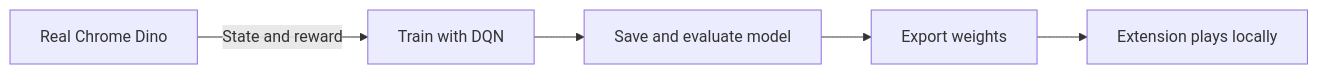
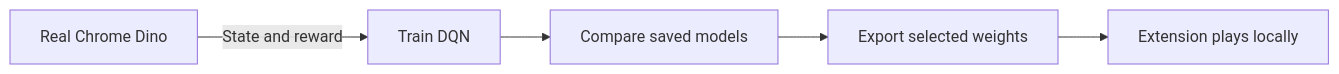
One commit to Aditya8102/dino-game-rl changed the first of 2 diagrams in README.md. Above: the diagram before and after it, drawn with Mermaid. The commit also changed other lines of this file and 38 other files, not shown here.

Commit message:
feat: release selected Dino policy with safer extension controls

````diff
--- a/README.md
+++ b/README.md
@@ -7,7 +7,7 @@
 ```mermaid
 flowchart LR
-    G["Real Chrome Dino"] -->|"State and reward"| T["Train with DQN"]
-    T --> M["Save and evaluate model"]
-    M --> E["Export weights"]
-    E --> P["Extension plays locally"]
+    G[Real Chrome Dino] -->|State and reward| T[Train DQN]
+    T --> M[Compare saved models]
+    M --> E[Export selected weights]
+    E --> P[Extension plays locally]
 ```
````
